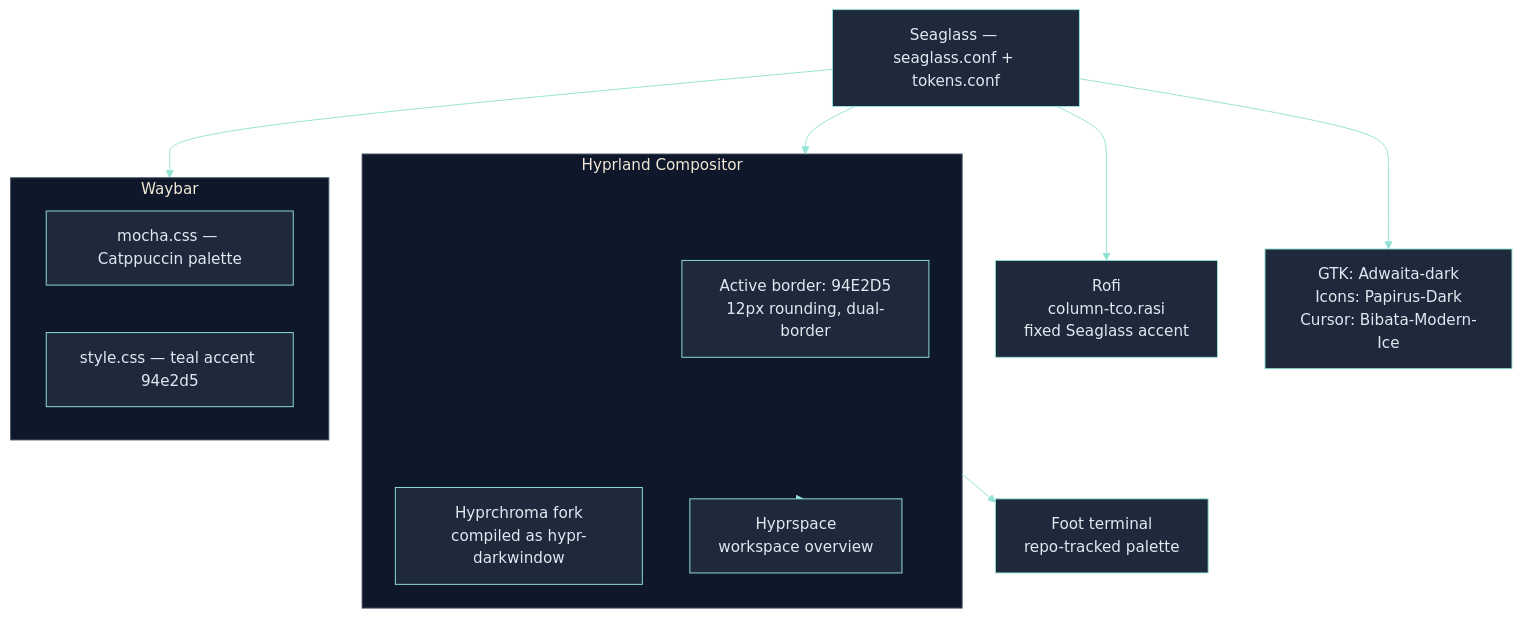
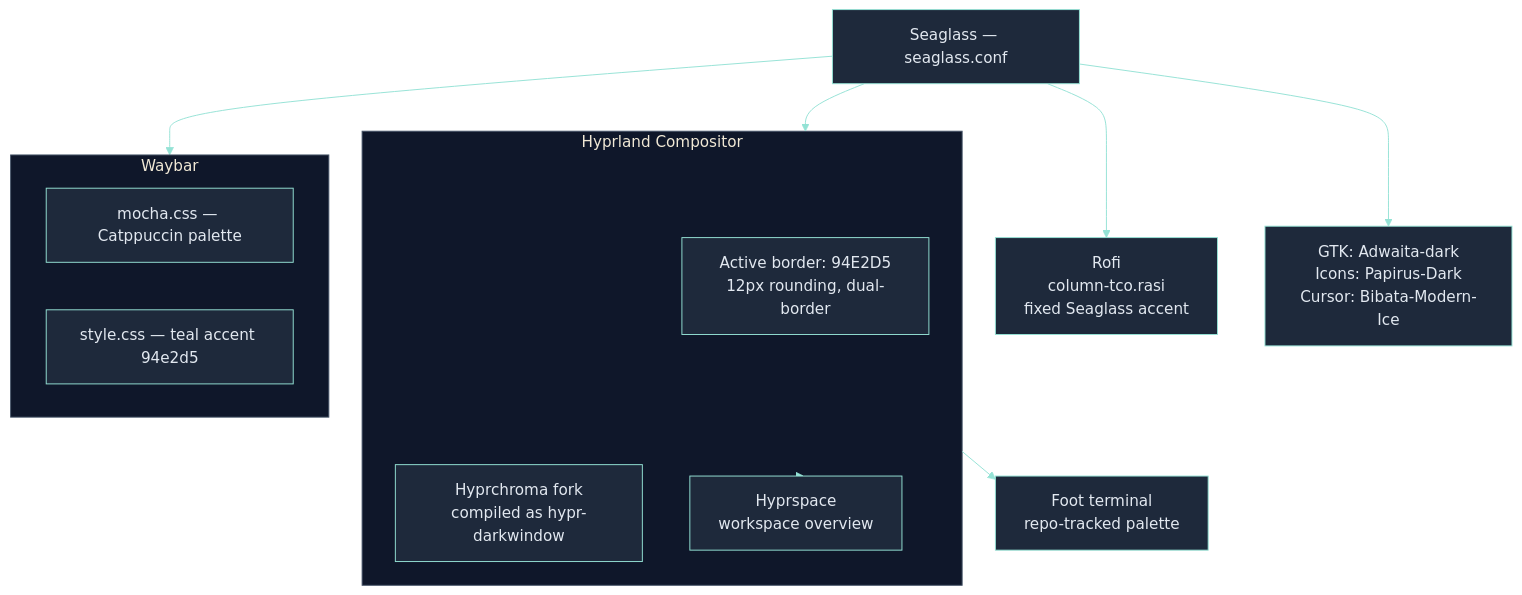
One commit to RomeoCavazza/nixos-config changed the fifth of 8 diagrams in docs/README.md. Above: the diagram before and after it, drawn with Mermaid. The commit also changed other lines of this file and 5 other files, not shown here.

````diff
--- a/docs/README.md
+++ b/docs/README.md
@@ -278,27 +295,27 @@
 ```mermaid
 %%{init: {'theme': 'base', 'themeVariables': { 'primaryColor': '#1e293b', 'secondaryColor': '#0f172a', 'tertiaryColor': '#0f172a', 'primaryBorderColor': '#94e2d5', 'lineColor': '#94e2d5', 'primaryTextColor': '#e2e8f0', 'clusterBkg': '#0f172a', 'clusterBorder': '#475569' }}}%%
 flowchart TB
-  src["Seaglass — seaglass.conf + tokens.conf"]
+  src["Seaglass — seaglass.conf"]
 
   subgraph compositor["Hyprland Compositor"]
     borders["Active border: 94E2D5\n12px rounding, dual-border"]
     dw["Hyprchroma fork\ncompiled as hypr-darkwindow"]
     hs["Hyprspace\nworkspace overview"]
   end
 
   subgraph bar["Waybar"]
     mocha["mocha.css — Catppuccin palette"]
     css["style.css — teal accent 94e2d5"]
   end
 
   rofi["Rofi\ncolumn-tco.rasi\nfixed Seaglass accent"]
   foot["Foot terminal\nrepo-tracked palette"]
   gtk["GTK: Adwaita-dark\nIcons: Papirus-Dark\nCursor: Bibata-Modern-Ice"]
 
   src --> compositor
   src --> bar
   src --> rofi
   compositor --> foot
   compositor --> hs
   src --> gtk
 ```
````
